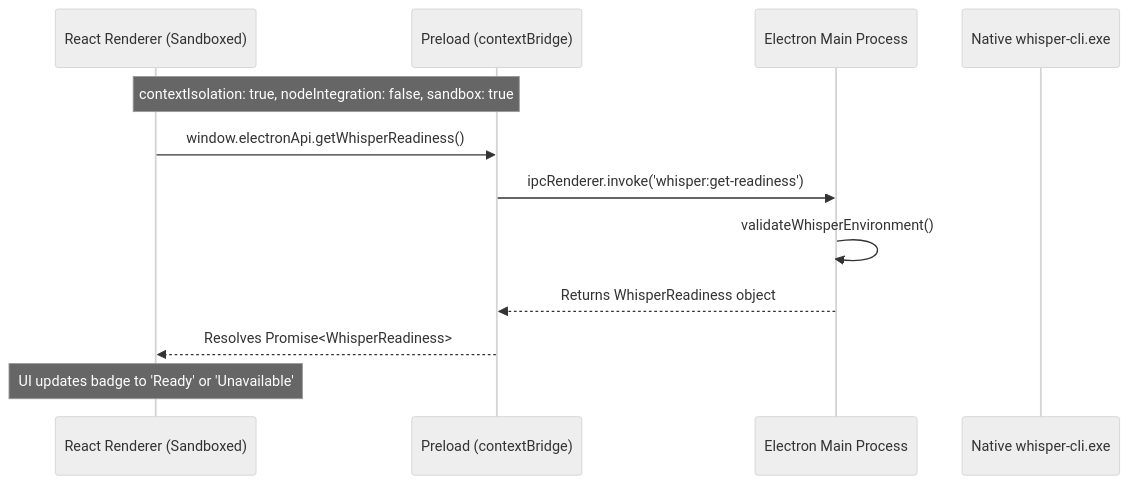
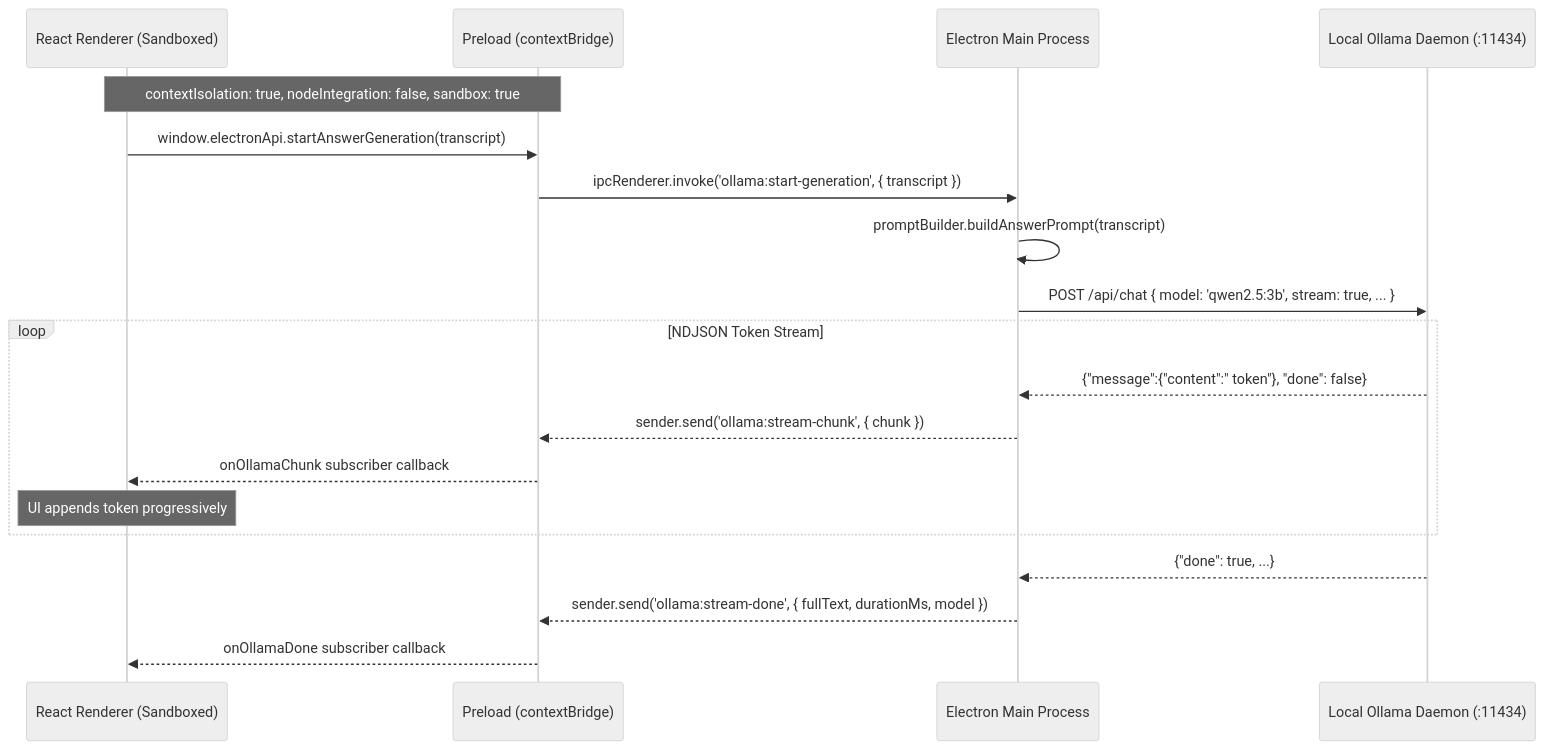
Before and after one commit to AbhiJeetSoni22/Local-AI-Conversation-Assistant: the second of 3 diagrams in docs/ARCHITECTURE.md, drawn with Mermaid (neutral theme). The commit also changed other lines of this file and 22 other files, not shown here.

Commit message:
feat: integrate Ollama local LLM streaming service and documentation

````diff
--- a/docs/ARCHITECTURE.md
+++ b/docs/ARCHITECTURE.md
@@ -59,15 +70,22 @@
 ```mermaid
 sequenceDiagram
     participant Renderer as React Renderer (Sandboxed)
     participant Preload as Preload (contextBridge)
     participant Main as Electron Main Process
-    participant Whisper as Native whisper-cli.exe
+    participant Ollama as Local Ollama Daemon (:11434)
 
     Note over Renderer,Preload: contextIsolation: true, nodeIntegration: false, sandbox: true
-    Renderer->>Preload: window.electronApi.getWhisperReadiness()
-    Preload->>Main: ipcRenderer.invoke('whisper:get-readiness')
-    Main->>Main: validateWhisperEnvironment()
-    Main-->>Preload: Returns WhisperReadiness object
-    Preload-->>Renderer: Resolves Promise<WhisperReadiness>
-    Note over Renderer: UI updates badge to 'Ready' or 'Unavailable'
+    Renderer->>Preload: window.electronApi.startAnswerGeneration(transcript)
+    Preload->>Main: ipcRenderer.invoke('ollama:start-generation', { transcript })
+    Main->>Main: promptBuilder.buildAnswerPrompt(transcript)
+    Main->>Ollama: POST /api/chat { model: 'qwen2.5:3b', stream: true, ... }
+    loop NDJSON Token Stream
+        Ollama-->>Main: {"message":{"content":" token"}, "done": false}
+        Main-->>Preload: sender.send('ollama:stream-chunk', { chunk })
+        Preload-->>Renderer: onOllamaChunk subscriber callback
+        Note over Renderer: UI appends token progressively
+    end
+    Ollama-->>Main: {"done": true, ...}
+    Main-->>Preload: sender.send('ollama:stream-done', { fullText, durationMs, model })
+    Preload-->>Renderer: onOllamaDone subscriber callback
 ```
````
